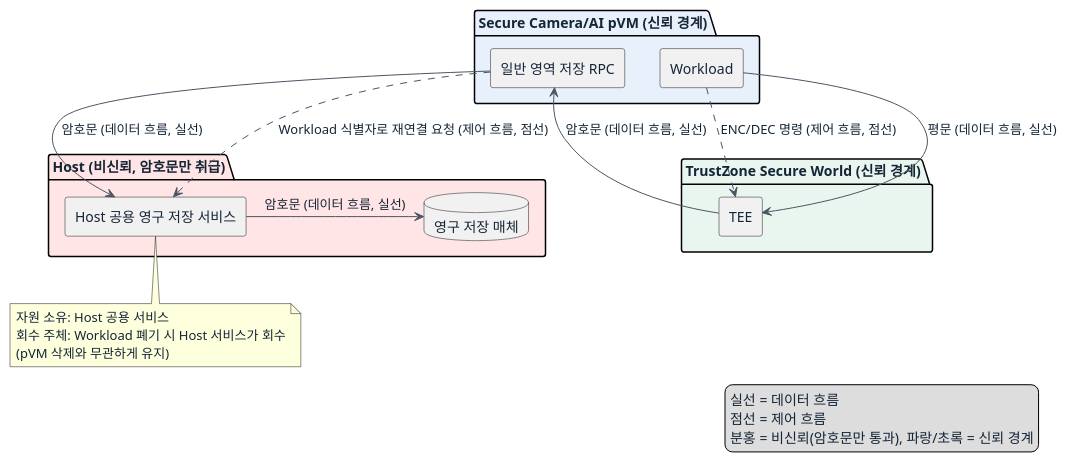
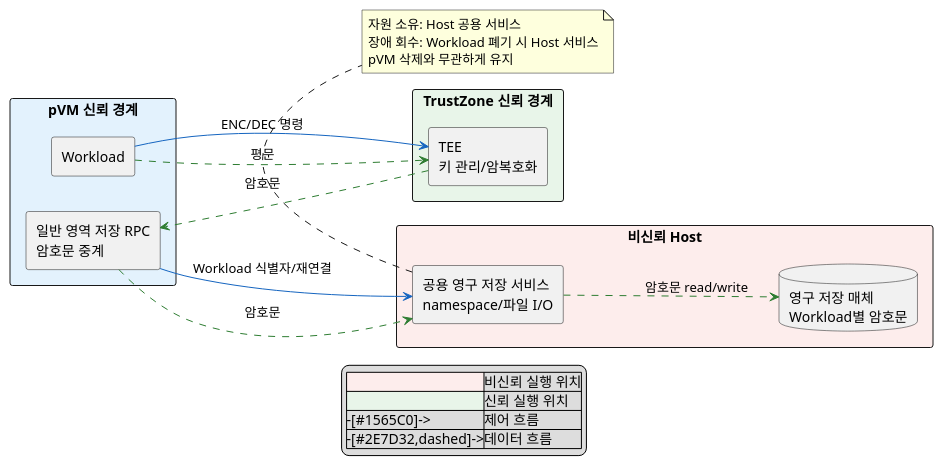
Before and after one commit to boram1288/test-p: the first of 2 diagrams in docs-dp/DP-06.md, drawn with PlantUML. The commit also changed other lines of this file, not shown here.

````diff
--- a/docs-dp/DP-06.md
+++ b/docs-dp/DP-06.md
@@ -49,42 +48,35 @@
 ```plantuml
 @startuml
+left to right direction
+skinparam componentStyle rectangle
 skinparam shadowing false
-skinparam componentStyle rectangle
-skinparam ArrowColor #4B5563
-skinparam defaultFontColor #152536
-
-package "Host (비신뢰, 암호문만 취급)" #FFE5E5 {
-  [Host 공용 영구 저장 서비스] as HostStore
-  database "영구 저장 매체" as Disk
+rectangle "pVM 신뢰 경계" #E3F2FD {
+  component "Workload" as WL
+  component "일반 영역 저장 RPC\n암호문 중계" as PVMSvc
 }
-
-package "Secure Camera/AI pVM (신뢰 경계)" #E8F1FB {
-  [Workload] as WL
-  [일반 영역 저장 RPC] as PVMSvc
+rectangle "비신뢰 Host" #FDEDEC {
+  component "공용 영구 저장 서비스\nnamespace/파일 I/O" as HostStore
+  database "영구 저장 매체\nWorkload별 암호문" as Disk
 }
-
-package "TrustZone Secure World (신뢰 경계)" #E8F6EF {
-  [TEE] as TEE
+rectangle "TrustZone 신뢰 경계" #E8F5E9 {
+  component "TEE\n키 관리/암복호화" as TEE
 }
-
-WL -down-> TEE : 평문 (데이터 흐름, 실선)
-TEE -down-> PVMSvc : 암호문 (데이터 흐름, 실선)
-PVMSvc -right-> HostStore : 암호문 (데이터 흐름, 실선)
-HostStore -right-> Disk : 암호문 (데이터 흐름, 실선)
-
-WL ..> TEE : ENC/DEC 명령 (제어 흐름, 점선)
-PVMSvc ..> HostStore : Workload 식별자로 재연결 요청 (제어 흐름, 점선)
-
+WL -[#1565C0]-> TEE : ENC/DEC 명령
+WL -[#2E7D32,dashed]-> TEE : 평문
+TEE -[#2E7D32,dashed]-> PVMSvc : 암호문
+PVMSvc -[#1565C0]-> HostStore : Workload 식별자/재연결
+PVMSvc -[#2E7D32,dashed]-> HostStore : 암호문
+HostStore -[#2E7D32,dashed]-> Disk : 암호문 read/write
 note bottom of HostStore
   자원 소유: Host 공용 서비스
-  회수 주체: Workload 폐기 시 Host 서비스가 회수
-  (pVM 삭제와 무관하게 유지)
+  장애 회수: Workload 폐기 시 Host 서비스
+  pVM 삭제와 무관하게 유지
 end note
-
-legend right
-  실선 = 데이터 흐름
-  점선 = 제어 흐름
-  분홍 = 비신뢰(암호문만 통과), 파랑/초록 = 신뢰 경계
+legend
+  |<#FDEDEC>|비신뢰 실행 위치|
+  |<#E8F5E9>|신뢰 실행 위치|
+  |-[#1565C0]->|제어 흐름|
+  |-[#2E7D32,dashed]->|데이터 흐름|
 endlegend
 @enduml
 ```
````
